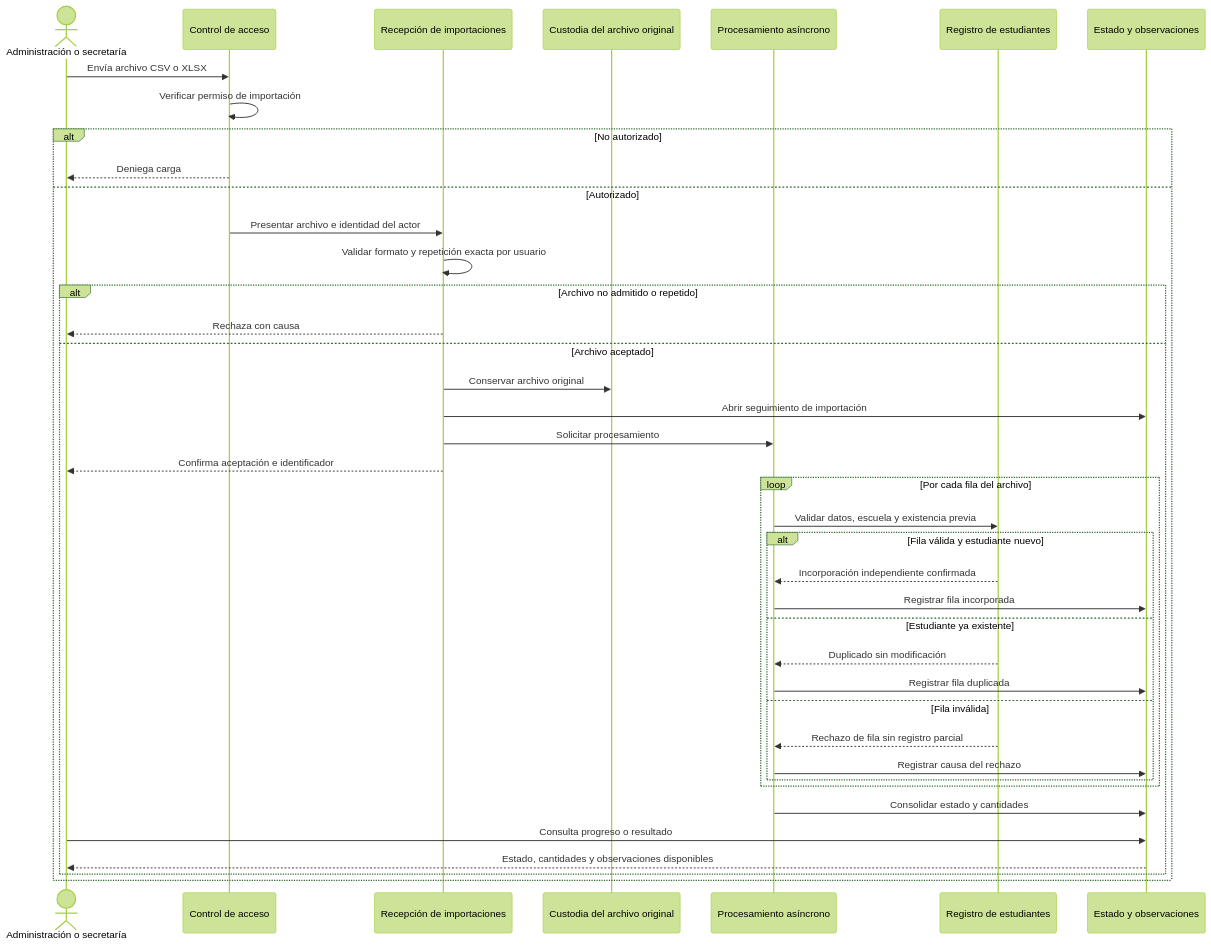
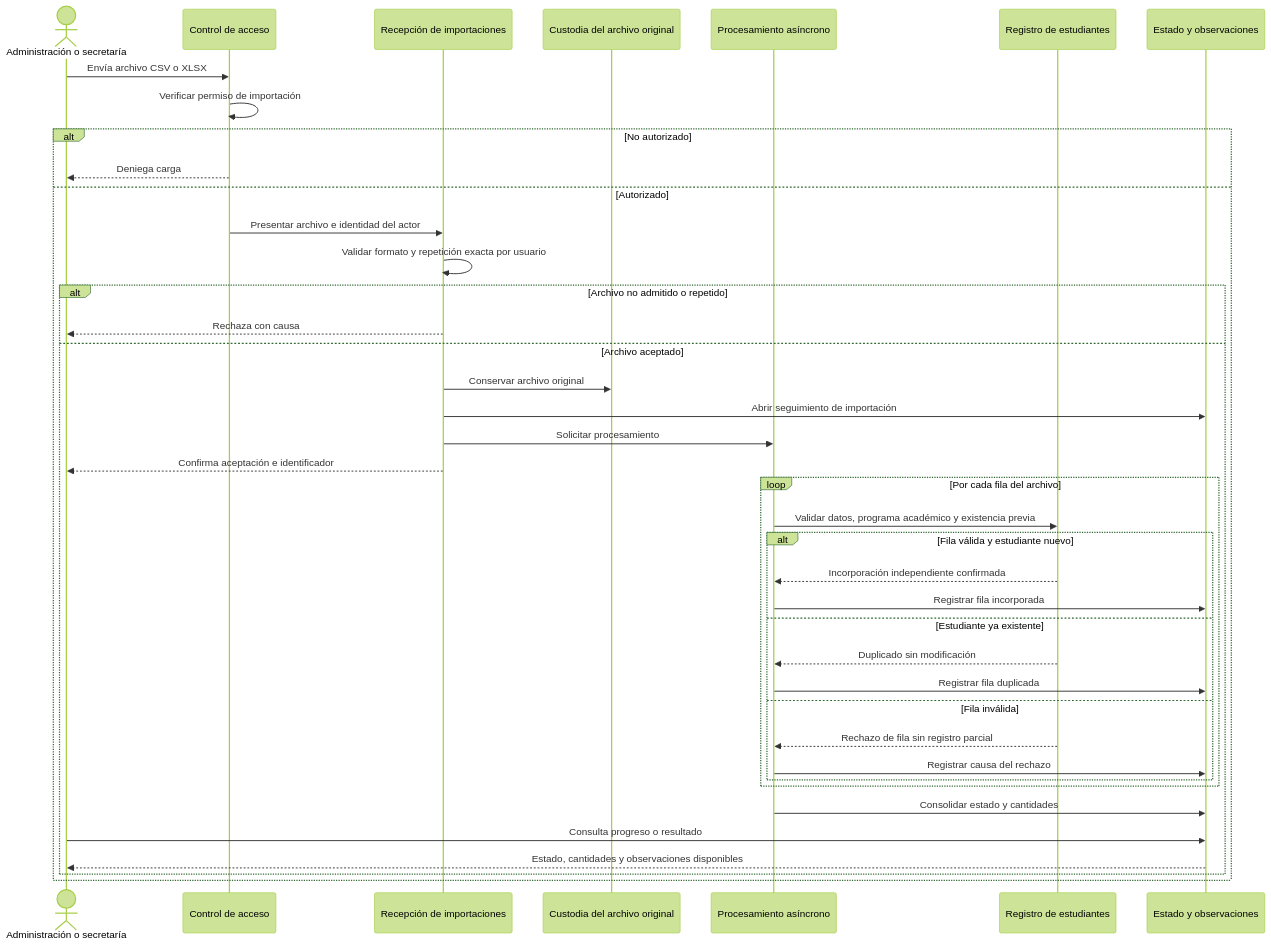
One commit to EderPanta18/academic-management-api changed the fifth of 7 diagrams in docs/04-analysis/04-interaction-sequences.md. Above: the diagram before and after it, drawn with Mermaid (forest theme). The commit also changed other lines of this file and 22 other files, not shown here.

````diff
--- a/docs/04-analysis/04-interaction-sequences.md
+++ b/docs/04-analysis/04-interaction-sequences.md
@@ -157,43 +157,43 @@
 ```mermaid
 sequenceDiagram
     actor Operador as Administración o secretaría
     participant Acceso as Control de acceso
     participant Recepcion as Recepción de importaciones
     participant Archivo as Custodia del archivo original
     participant Proceso as Procesamiento asíncrono
     participant Estudiantes as Registro de estudiantes
     participant Seguimiento as Estado y observaciones
 
     Operador->>Acceso: Envía archivo CSV o XLSX
     Acceso->>Acceso: Verificar permiso de importación
     alt No autorizado
         Acceso-->>Operador: Deniega carga
     else Autorizado
         Acceso->>Recepcion: Presentar archivo e identidad del actor
         Recepcion->>Recepcion: Validar formato y repetición exacta por usuario
         alt Archivo no admitido o repetido
             Recepcion-->>Operador: Rechaza con causa
         else Archivo aceptado
             Recepcion->>Archivo: Conservar archivo original
             Recepcion->>Seguimiento: Abrir seguimiento de importación
             Recepcion->>Proceso: Solicitar procesamiento
             Recepcion-->>Operador: Confirma aceptación e identificador
             loop Por cada fila del archivo
-                Proceso->>Estudiantes: Validar datos, escuela y existencia previa
+                Proceso->>Estudiantes: Validar datos, programa académico y existencia previa
                 alt Fila válida y estudiante nuevo
                     Estudiantes-->>Proceso: Incorporación independiente confirmada
                     Proceso->>Seguimiento: Registrar fila incorporada
                 else Estudiante ya existente
                     Estudiantes-->>Proceso: Duplicado sin modificación
                     Proceso->>Seguimiento: Registrar fila duplicada
                 else Fila inválida
                     Estudiantes-->>Proceso: Rechazo de fila sin registro parcial
                     Proceso->>Seguimiento: Registrar causa del rechazo
                 end
             end
             Proceso->>Seguimiento: Consolidar estado y cantidades
             Operador->>Seguimiento: Consulta progreso o resultado
             Seguimiento-->>Operador: Estado, cantidades y observaciones disponibles
         end
     end
 ```
````
